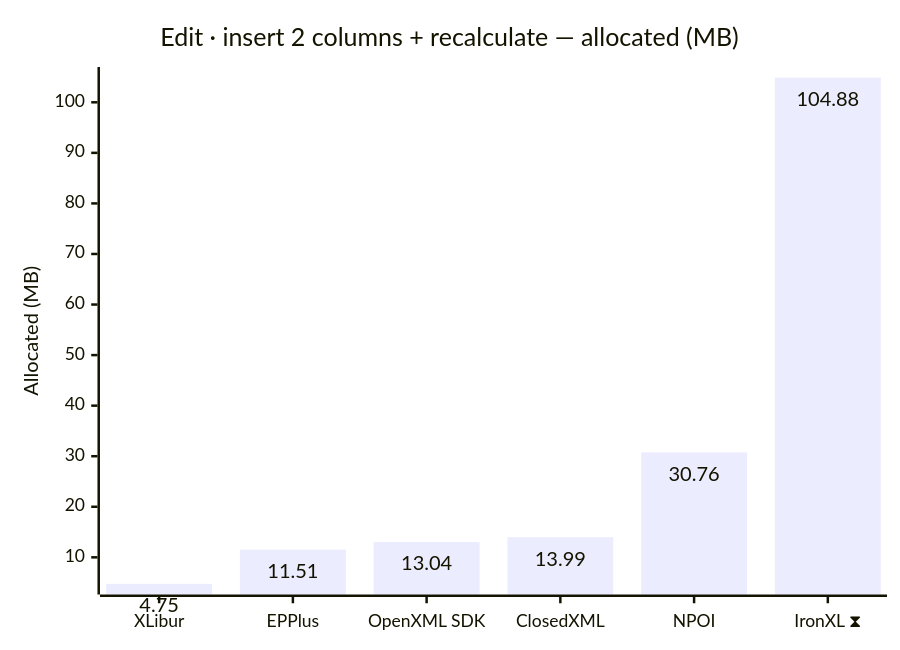
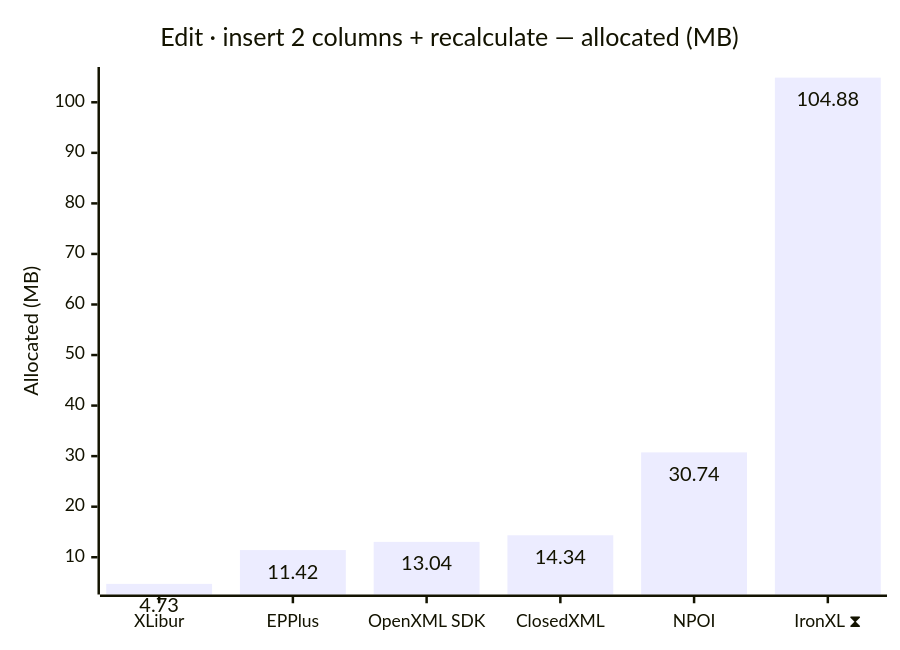
One commit to jafin/XLBench changed diagram 12 of 12 in docs/results-ci.md. Above: the diagram before and after it, drawn with Mermaid. The commit also changed other lines of this file, not shown here.

````diff
--- a/docs/results-ci.md
+++ b/docs/results-ci.md
@@ -184,12 +184,12 @@
 ```mermaid
 ---
 config:
   xyChart:
     showDataLabel: true
 ---
 xychart-beta
     title "Edit · insert 2 columns + recalculate — allocated (MB)"
     x-axis ["XLibur", "EPPlus", "OpenXML SDK", "ClosedXML", "NPOI", "IronXL ⧗"]
     y-axis "Allocated (MB)"
-    bar [4.75, 11.51, 13.04, 13.99, 30.76, 104.88]
+    bar [4.73, 11.42, 13.04, 14.34, 30.74, 104.88]
 ```
````
